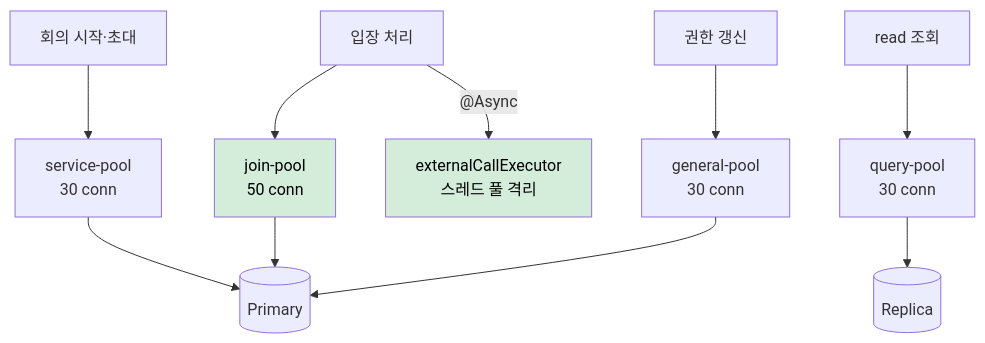
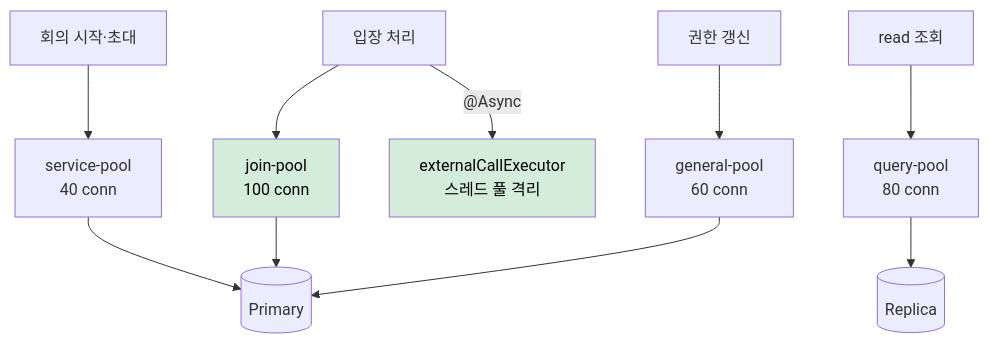
One commit to sujinnkim/A_Personal changed the third of 4 diagrams in docs/04-architecture-analysis/3.2-problem-analysis-and-strategy/AS-08-기능별커넥션스레드격벽분리.md. Above: the diagram before and after it, drawn with Mermaid. The commit also changed other lines of this file and 181 other files, not shown here.

````diff
--- a/docs/04-architecture-analysis/3.2-problem-analysis-and-strategy/AS-08-기능별커넥션스레드격벽분리.md
+++ b/docs/04-architecture-analysis/3.2-problem-analysis-and-strategy/AS-08-기능별커넥션스레드격벽분리.md
@@ -99,12 +85,12 @@
 ```mermaid
 flowchart TD
-    JOIN["입장 처리"] --> JP["join-pool\n50 conn"]
-    SVC["회의 시작·초대"] --> SP["service-pool\n30 conn"]
-    AUTH["권한 갱신"] --> GP["general-pool\n30 conn"]
-    RD["read 조회"] --> QP["query-pool\n30 conn"]
+    JOIN["입장 처리"] --> JP["join-pool\n100 conn"]
+    SVC["회의 시작·초대"] --> SP["service-pool\n40 conn"]
+    AUTH["권한 갱신"] --> GP["general-pool\n60 conn"]
+    RD["read 조회"] --> QP["query-pool\n80 conn"]
     JOIN -->|"@Async"| EX["externalCallExecutor\n스레드 풀 격리"]
     JP & SP & GP --> PRI[("Primary")]
     QP --> REP[("Replica")]
     style JP fill:#d4edda,color:#000
     style EX fill:#d4edda,color:#000
 ```
````
